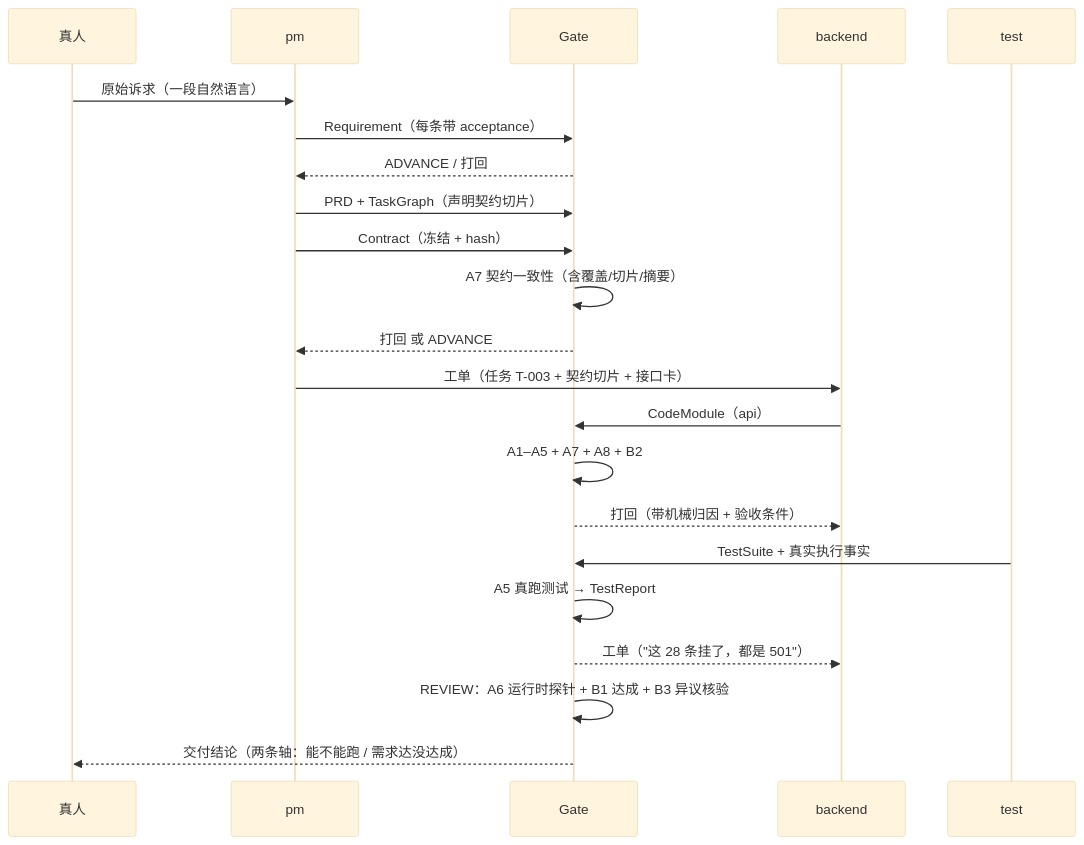
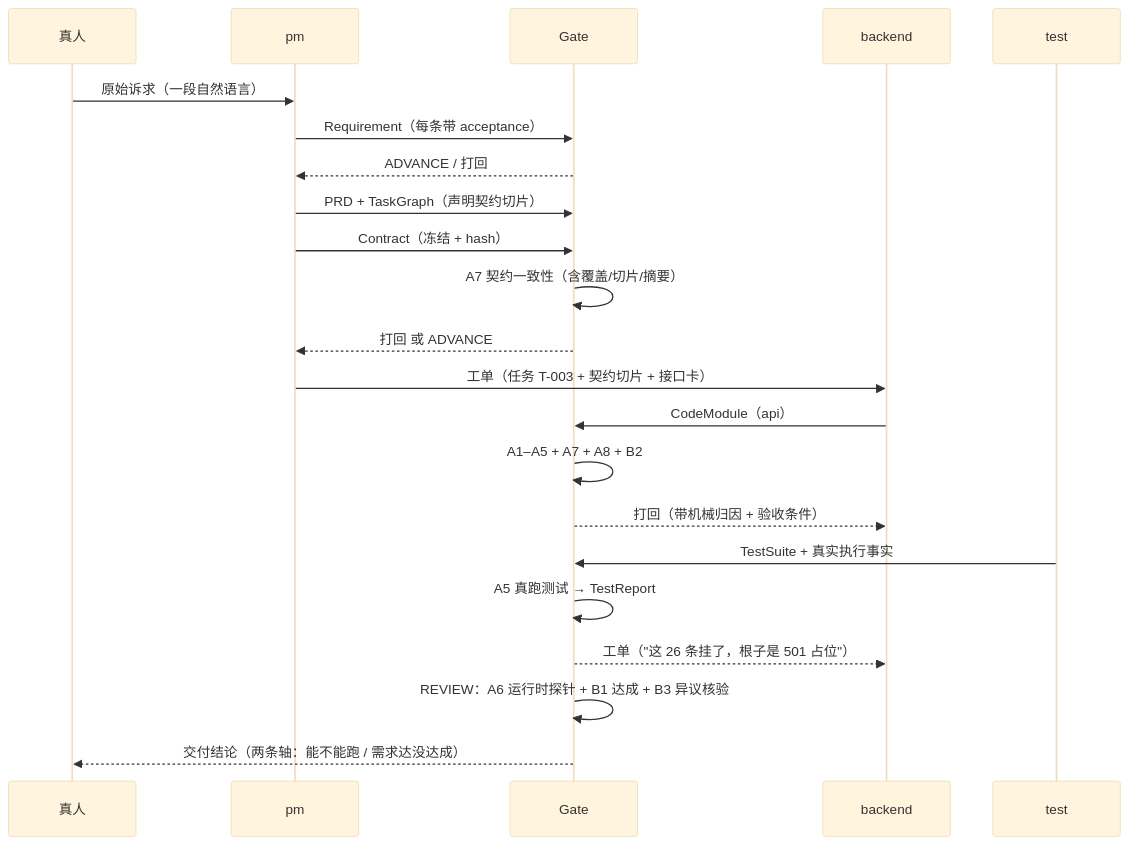
One commit to liezhuren/agentforge changed the diagram in docs/competition/03-Agent协作链路.md. Above: the diagram before and after it, drawn with Mermaid (base theme). The commit also changed 6 other files, not shown here.

````diff
--- a/docs/competition/03-Agent协作链路.md
+++ b/docs/competition/03-Agent协作链路.md
@@ -129,25 +129,25 @@
 ```mermaid
 sequenceDiagram
   participant U as 真人
   participant PM as pm
   participant G as Gate
   participant BE as backend
   participant T as test
 
   U->>PM: 原始诉求（一段自然语言）
   PM->>G: Requirement（每条带 acceptance）
   G-->>PM: ADVANCE / 打回
   PM->>G: PRD + TaskGraph（声明契约切片）
   PM->>G: Contract（冻结 + hash）
   G->>G: A7 契约一致性（含覆盖/切片/摘要）
   G-->>PM: 打回 或 ADVANCE
   PM->>BE: 工单（任务 T-003 + 契约切片 + 接口卡）
   BE->>G: CodeModule（api）
   G->>G: A1–A5 + A7 + A8 + B2
   G-->>BE: 打回（带机械归因 + 验收条件）
   T->>G: TestSuite + 真实执行事实
   G->>G: A5 真跑测试 → TestReport
-  G-->>BE: 工单（"这 28 条挂了，都是 501"）
+  G-->>BE: 工单（"这 26 条挂了，根子是 501 占位"）
   G->>G: REVIEW：A6 运行时探针 + B1 达成 + B3 异议核验
   G-->>U: 交付结论（两条轴：能不能跑 / 需求达没达成）
 ```
````
